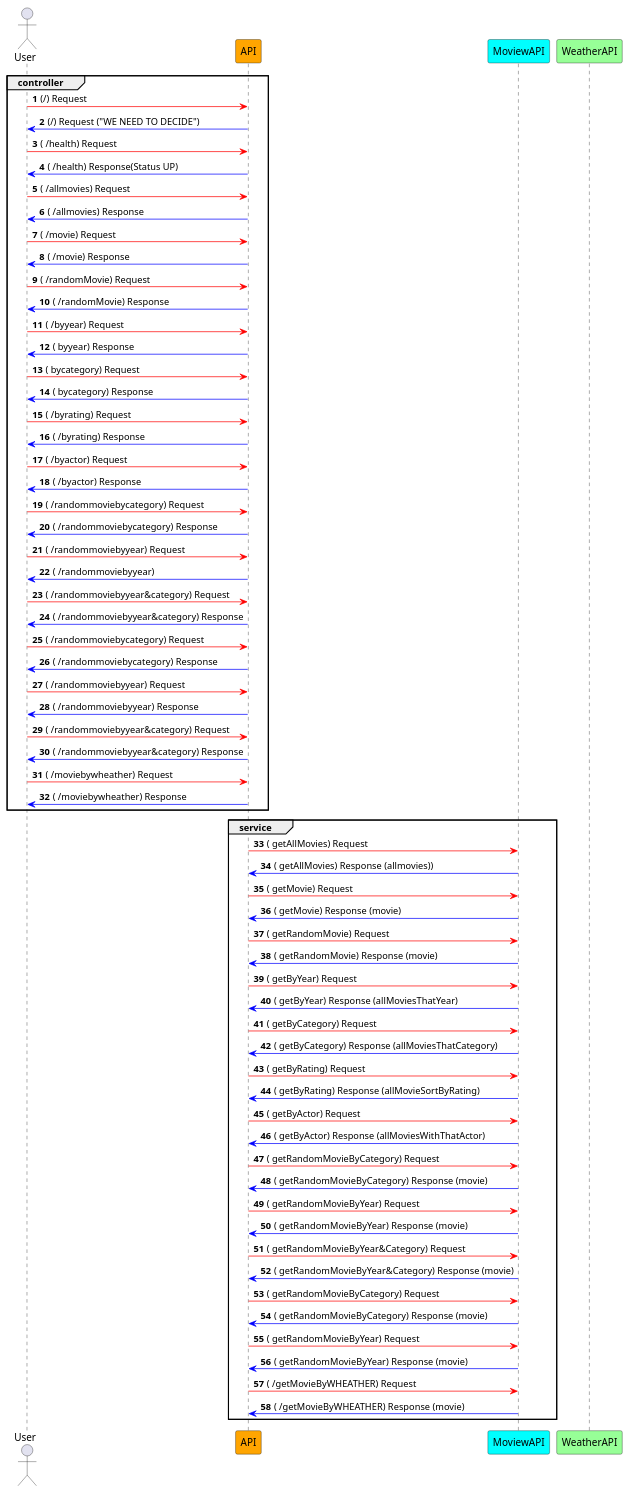
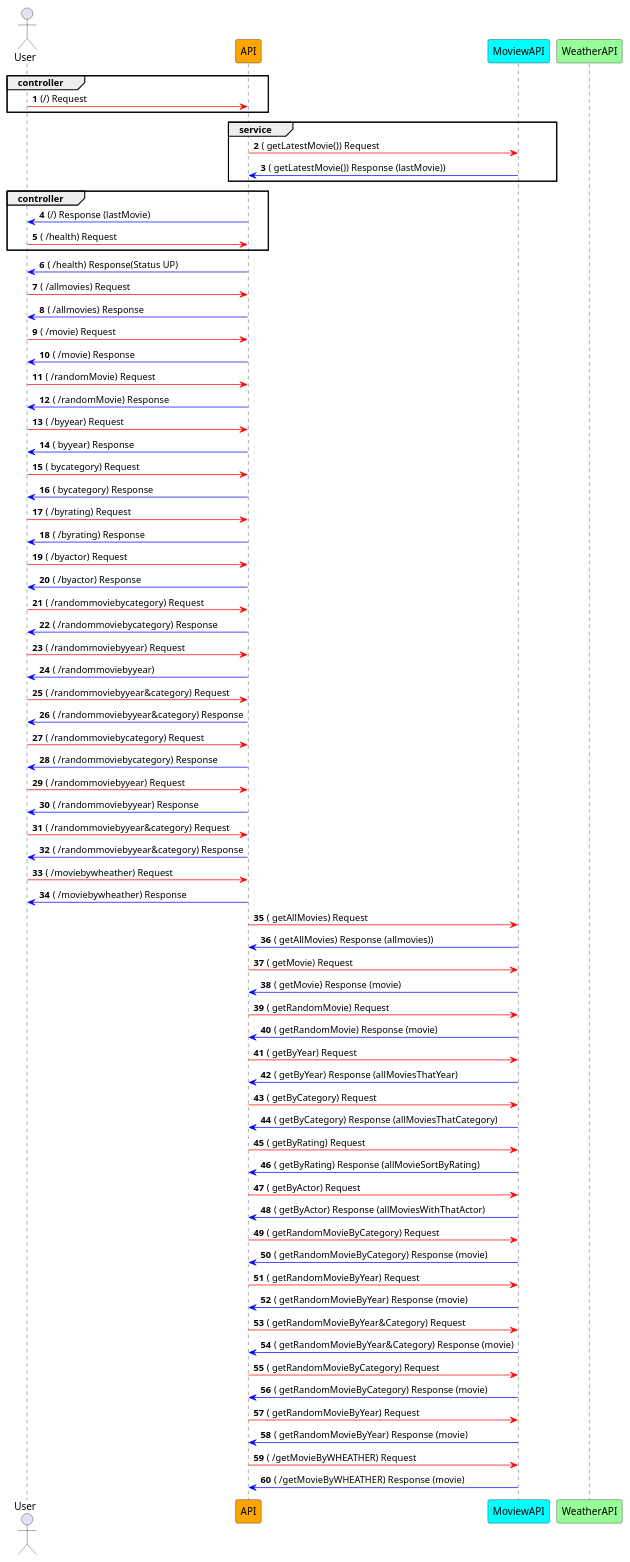
Before and after one commit to hvferreira/movie-api: the diagram in Docs/SSD.puml, drawn with PlantUML. The commit also changed 4 other files, not shown here.

Commit message:
update uml, start update ssd, first tests add

```diff
--- a/Docs/SSD.puml
+++ b/Docs/SSD.puml
@@ -1,148 +1,157 @@
 @startuml movie
 autonumber
 
 
 
 'define the icon User
 actor User
 
 
 'define colors
 participant API #orange
+participant MoviewAPI #cyan
+
+'group service
 group controller
-
 User -[#red]> API: (/) Request
-User <[#blue]- API: (/) Request ("WE NEED TO DECIDE")
+    end
+    group service
+API -[#red]> MoviewAPI: ( getLatestMovie()) Request
+API <[#blue]- MoviewAPI: ( getLatestMovie()) Response (lastMovie))
+end
+ group controller
+User <[#blue]- API: (/) Response (lastMovie)
 
 User -[#red]> API: ( /health) Request
+ end
 User <[#blue]- API: ( /health) Response(Status UP)
 
 User -[#red]> API: ( /allmovies) Request
 User <[#blue]- API: ( /allmovies) Response
 
 User -[#red]> API: ( /movie) Request
 User <[#blue]- API: ( /movie) Response
 
 User -[#red]> API: ( /randomMovie) Request
 User <[#blue]- API: ( /randomMovie) Response
 
 User -[#red]> API: ( /byyear) Request
 User <[#blue]- API: ( byyear) Response
 
 User -[#red]> API: ( bycategory) Request
 User <[#blue]- API: ( bycategory) Response
 
 User -[#red]> API: ( /byrating) Request
 User <[#blue]- API: ( /byrating) Response
 
 User -[#red]> API: ( /byactor) Request
 User <[#blue]- API: ( /byactor) Response
 
 User -[#red]> API: ( /randommoviebycategory) Request
 User <[#blue]- API: ( /randommoviebycategory) Response
 
 User -[#red]> API: ( /randommoviebyyear) Request
 User <[#blue]- API: ( /randommoviebyyear)
 
 User -[#red]> API: ( /randommoviebyyear&category) Request
 User <[#blue]- API: ( /randommoviebyyear&category) Response
 
 User -[#red]> API: ( /randommoviebycategory) Request
 User <[#blue]- API: ( /randommoviebycategory) Response
 
 User -[#red]> API: ( /randommoviebyyear) Request
 User <[#blue]- API: ( /randommoviebyyear) Response
 
 User -[#red]> API: ( /randommoviebyyear&category) Request
 User <[#blue]- API: ( /randommoviebyyear&category) Response
 
 User -[#red]> API: ( /moviebywheather) Request
 User <[#blue]- API: ( /moviebywheather) Response
 
-    end
+    'end
 
-group service
+'group service
 participant MoviewAPI #cyan
 
 API -[#red]> MoviewAPI: ( getAllMovies) Request
 API <[#blue]- MoviewAPI: ( getAllMovies) Response (allmovies))
 
 API -[#red]> MoviewAPI:  ( getMovie) Request
 API <[#blue]- MoviewAPI: ( getMovie) Response (movie)
 
 API -[#red]> MoviewAPI: ( getRandomMovie) Request
 API <[#blue]- MoviewAPI: ( getRandomMovie) Response (movie)
 
 API -[#red]> MoviewAPI: ( getByYear) Request
 API <[#blue]- MoviewAPI: ( getByYear) Response (allMoviesThatYear)
 
 API -[#red]> MoviewAPI: ( getByCategory) Request
 API <[#blue]- MoviewAPI: ( getByCategory) Response (allMoviesThatCategory)
 
 API -[#red]> MoviewAPI: ( getByRating) Request
 API <[#blue]- MoviewAPI: ( getByRating) Response (allMovieSortByRating)
 
 API -[#red]> MoviewAPI: ( getByActor) Request
 API <[#blue]- MoviewAPI: ( getByActor) Response (allMoviesWithThatActor)
 
 
 API -[#red]> MoviewAPI: ( getRandomMovieByCategory) Request
 API <[#blue]- MoviewAPI: ( getRandomMovieByCategory) Response (movie)
 
 API -[#red]> MoviewAPI: ( getRandomMovieByYear) Request
 API <[#blue]- MoviewAPI: ( getRandomMovieByYear) Response (movie)
 
 API -[#red]> MoviewAPI: ( getRandomMovieByYear&Category) Request
 API <[#blue]- MoviewAPI: ( getRandomMovieByYear&Category) Response (movie)
 
 API -[#red]> MoviewAPI: ( getRandomMovieByCategory) Request
 API <[#blue]- MoviewAPI: ( getRandomMovieByCategory) Response (movie)
 
 API -[#red]> MoviewAPI: ( getRandomMovieByYear) Request
 API <[#blue]- MoviewAPI: ( getRandomMovieByYear) Response (movie)
 
 API -[#red]> MoviewAPI: ( /getMovieByWHEATHER) Request
 API <[#blue]- MoviewAPI: ( /getMovieByWHEATHER) Response (movie)
 
-    end
+    'end
 
 
 'group repository
 'end
 
 'group model
 'end
 
 
 
 
 
 
 
 
 
 
 
 
 
 
 
 
 participant WeatherAPI #PHYSICAL
 'API -[#red]> WeatherAPI: (wheatherbylocation)Request
 'API <-[#blue] WeatherAPI: (wheatherbylocation)response
 
 
 
 
 
 
 'participant FoodDrinkAPI #violet
 'API -[#red]> FoodDrinkAPI: (food/drinkByMovie) Request
 'API -[#red]> FoodDrinkAPI: (food/drinkByMovie) Request
 'API -[#red]> FoodDrinkAPI: (food/drinkByhourOFday) Request
 'API -[#red]> FoodDrinkAPI: (food/byWheather) Request
 
 'User <[#blue]- API: ( /" ") Response(movie & wheather & Drink or food recommendation)
 
 @enduml
```
